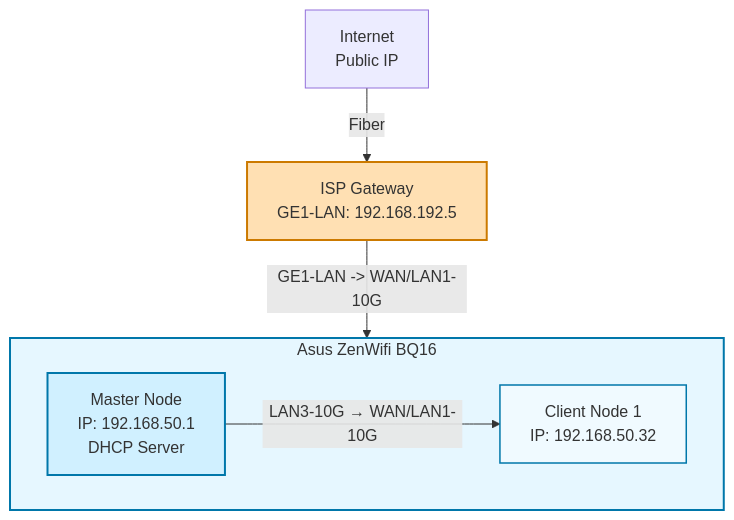
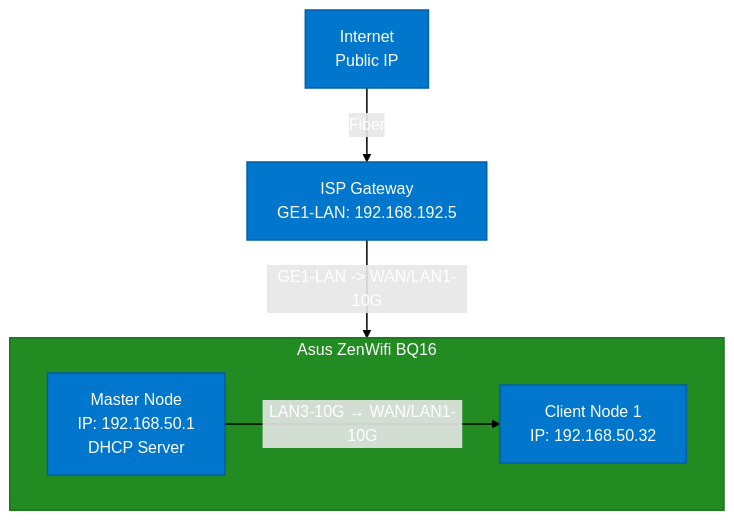
The diagram in Research/architecture.md (lukkeutgens/Homelab), drawn with Mermaid before and after one commit.

````diff
--- a/Research/architecture.md
+++ b/Research/architecture.md
@@ -4,16 +4,22 @@
 ```mermaid
 flowchart TD
     A[Internet<br/>Public IP] -->|Fiber| B[ISP Gateway<br/>GE1-LAN: 192.168.192.5]
     B -->|GE1-LAN -> WAN/LAN1-10G| ZW[Asus ZenWifi BQ16]
 
     subgraph ZW [Asus ZenWifi BQ16]
         C[Master Node<br/>IP: 192.168.50.1<br/>DHCP Server]
         D[Client Node 1<br/>IP: 192.168.50.32<br/>]
         C -->|LAN3-10G → WAN/LAN1-10G| D
     end
 
-    style ZW fill:#e6f7ff,stroke:#0077aa,stroke-width:2px
-    style C fill:#d0f0ff,stroke:#0077aa,stroke-width:2px
-    style D fill:#f0faff,stroke:#0077aa,stroke-width:1.5px
-    style B fill:#ffe0b3,stroke:#cc7a00,stroke-width:2px
+    %% Styling
+    style A fill:#0077cc,color:#ffffff,stroke:#005fa3,stroke-width:1.5px
+    style B fill:#0077cc,color:#ffffff,stroke:#005fa3,stroke-width:1.5px
+    style C fill:#0077cc,color:#ffffff,stroke:#005fa3,stroke-width:1.5px
+    style D fill:#0077cc,color:#ffffff,stroke:#005fa3,stroke-width:1.5px
+    style ZW fill:#228b22,color:#ffffff,stroke:#1e7a1e,stroke-width:2px
+
+    linkStyle 0 stroke:#000000,stroke-width:1.5px,color:#ffffff
+    linkStyle 1 stroke:#000000,stroke-width:1.5px,color:#ffffff
+    linkStyle 2 stroke:#000000,stroke-width:1.5px,color:#ffffff
 ```
````
